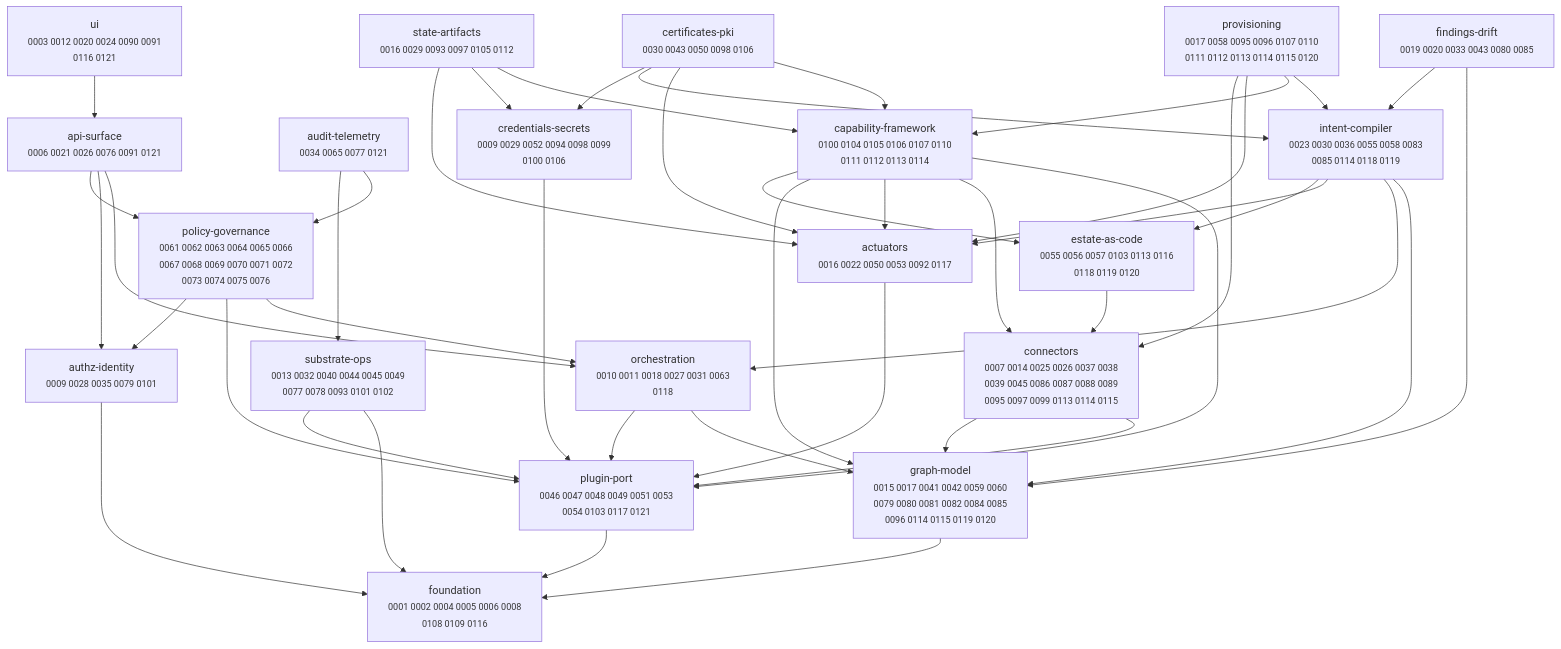
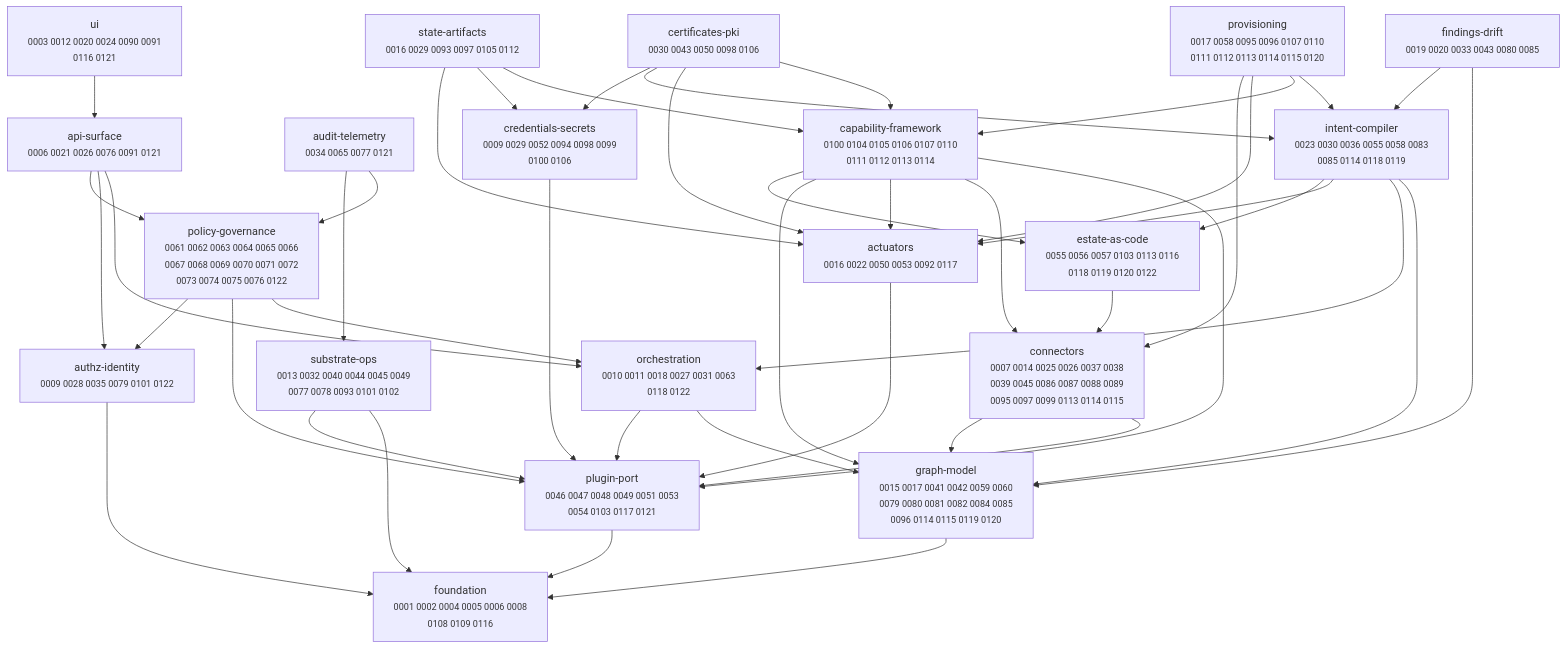
One commit to dstout-devops/stratt changed the diagram in docs/adr/MAP.md. Above: the diagram before and after it, drawn with Mermaid. The commit also changed other lines of this file and 21 other files, not shown here.

````diff
--- a/docs/adr/MAP.md
+++ b/docs/adr/MAP.md
@@ -11,67 +11,67 @@
 ```mermaid
 graph TD
   actuators["actuators<br/><small>0016 0022 0050 0053 0092 0117</small>"]
   api_surface["api-surface<br/><small>0006 0021 0026 0076 0091 0121</small>"]
   audit_telemetry["audit-telemetry<br/><small>0034 0065 0077 0121</small>"]
-  authz_identity["authz-identity<br/><small>0009 0028 0035 0079 0101</small>"]
+  authz_identity["authz-identity<br/><small>0009 0028 0035 0079 0101 0122</small>"]
   capability_framework["capability-framework<br/><small>0100 0104 0105 0106 0107 0110<br/>0111 0112 0113 0114</small>"]
   certificates_pki["certificates-pki<br/><small>0030 0043 0050 0098 0106</small>"]
   connectors["connectors<br/><small>0007 0014 0025 0026 0037 0038<br/>0039 0045 0086 0087 0088 0089<br/>0095 0097 0099 0113 0114 0115</small>"]
   credentials_secrets["credentials-secrets<br/><small>0009 0029 0052 0094 0098 0099<br/>0100 0106</small>"]
-  estate_as_code["estate-as-code<br/><small>0055 0056 0057 0103 0113 0116<br/>0118 0119 0120</small>"]
+  estate_as_code["estate-as-code<br/><small>0055 0056 0057 0103 0113 0116<br/>0118 0119 0120 0122</small>"]
   findings_drift["findings-drift<br/><small>0019 0020 0033 0043 0080 0085</small>"]
   foundation["foundation<br/><small>0001 0002 0004 0005 0006 0008<br/>0108 0109 0116</small>"]
   graph_model["graph-model<br/><small>0015 0017 0041 0042 0059 0060<br/>0079 0080 0081 0082 0084 0085<br/>0096 0114 0115 0119 0120</small>"]
   intent_compiler["intent-compiler<br/><small>0023 0030 0036 0055 0058 0083<br/>0085 0114 0118 0119</small>"]
-  orchestration["orchestration<br/><small>0010 0011 0018 0027 0031 0063<br/>0118</small>"]
+  orchestration["orchestration<br/><small>0010 0011 0018 0027 0031 0063<br/>0118 0122</small>"]
   plugin_port["plugin-port<br/><small>0046 0047 0048 0049 0051 0053<br/>0054 0103 0117 0121</small>"]
-  policy_governance["policy-governance<br/><small>0061 0062 0063 0064 0065 0066<br/>0067 0068 0069 0070 0071 0072<br/>0073 0074 0075 0076</small>"]
+  policy_governance["policy-governance<br/><small>0061 0062 0063 0064 0065 0066<br/>0067 0068 0069 0070 0071 0072<br/>0073 0074 0075 0076 0122</small>"]
   provisioning["provisioning<br/><small>0017 0058 0095 0096 0107 0110<br/>0111 0112 0113 0114 0115 0120</small>"]
   state_artifacts["state-artifacts<br/><small>0016 0029 0093 0097 0105 0112</small>"]
   substrate_ops["substrate-ops<br/><small>0013 0032 0040 0044 0045 0049<br/>0077 0078 0093 0101 0102</small>"]
   ui["ui<br/><small>0003 0012 0020 0024 0090 0091<br/>0116 0121</small>"]
 
   actuators --> plugin_port
   api_surface --> orchestration
   api_surface --> authz_identity
   api_surface --> policy_governance
   audit_telemetry --> policy_governance
   audit_telemetry --> substrate_ops
   authz_identity --> foundation
   capability_framework --> plugin_port
   capability_framework --> connectors
   capability_framework --> actuators
   capability_framework --> graph_model
   capability_framework --> estate_as_code
   certificates_pki --> capability_framework
   certificates_pki --> actuators
   certificates_pki --> intent_compiler
   certificates_pki --> credentials_secrets
   connectors --> plugin_port
   connectors --> graph_model
   credentials_secrets --> plugin_port
   estate_as_code --> connectors
   findings_drift --> graph_model
   findings_drift --> intent_compiler
   graph_model --> foundation
   intent_compiler --> graph_model
   intent_compiler --> orchestration
   intent_compiler --> actuators
   intent_compiler --> estate_as_code
   orchestration --> graph_model
   orchestration --> plugin_port
   plugin_port --> foundation
   policy_governance --> orchestration
   policy_governance --> plugin_port
   policy_governance --> authz_identity
   provisioning --> intent_compiler
   provisioning --> capability_framework
   provisioning --> actuators
   provisioning --> connectors
   state_artifacts --> capability_framework
   state_artifacts --> credentials_secrets
   state_artifacts --> actuators
   substrate_ops --> foundation
   substrate_ops --> plugin_port
   ui --> api_surface
 ```
````
